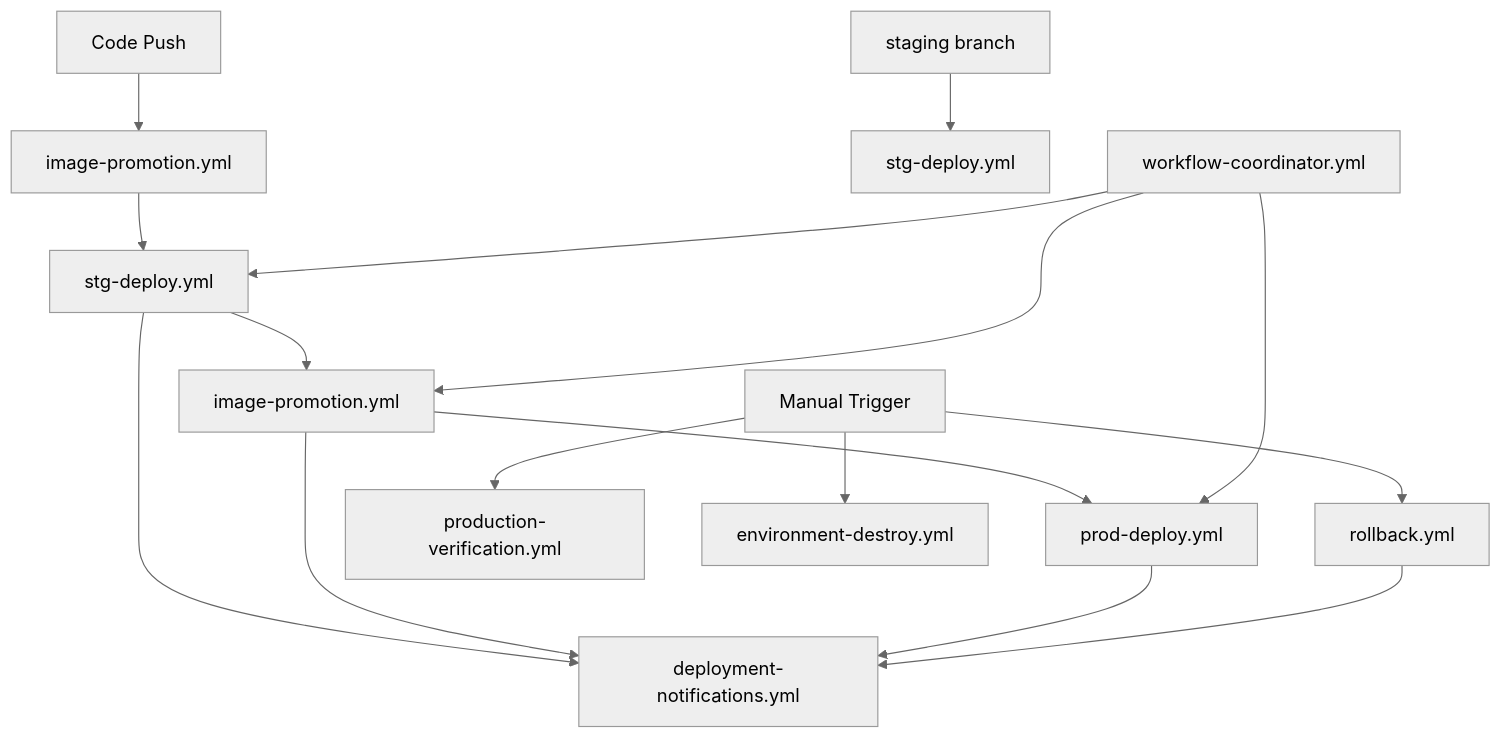
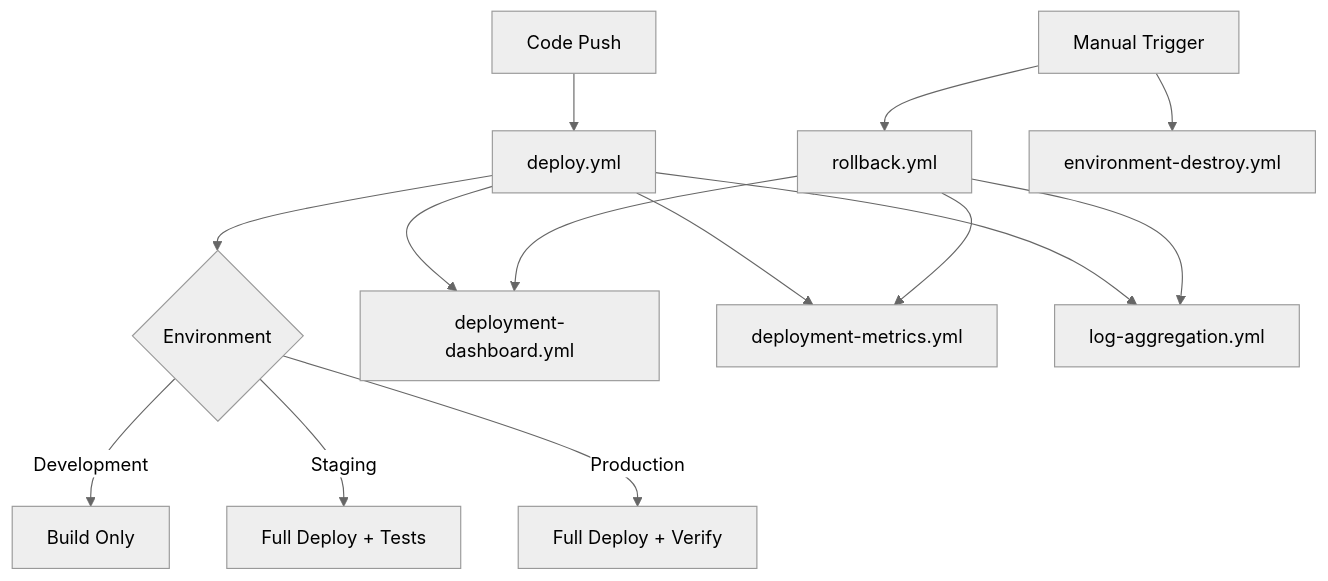
The diagram in .github/workflows/README.md (bxmty/dotca), drawn with Mermaid (neutral theme) before and after one commit. The commit also changed other lines of this file and 9 other files, not shown here.

````diff
--- a/.github/workflows/README.md
+++ b/.github/workflows/README.md
@@ -152,22 +179,19 @@
 ```mermaid
 graph TD
-    A[Code Push] --> B[image-promotion.yml]
-    B --> C[stg-deploy.yml]
-    C --> D[image-promotion.yml]
-    D --> E[prod-deploy.yml]
-    
-    F[staging branch] --> G[stg-deploy.yml]
-    
-    H[Manual Trigger] --> I[rollback.yml]
-    H --> J[production-verification.yml]
-    H --> K[environment-destroy.yml]
-    
-    C --> L[deployment-notifications.yml]
-    D --> L
-    E --> L
-    I --> L
-    
-    M[workflow-coordinator.yml] --> C
-    M --> D
-    M --> E
+    A[Code Push] --> B[deploy.yml]
+    B --> C{Environment}
+    C -->|Development| D[Build Only]
+    C -->|Staging| E[Full Deploy + Tests]
+    C -->|Production| F[Full Deploy + Verify]
+
+    G[Manual Trigger] --> H[rollback.yml]
+    G --> I[environment-destroy.yml]
+
+    B --> J[deployment-dashboard.yml]
+    B --> K[deployment-metrics.yml]
+    B --> L[log-aggregation.yml]
+
+    H --> J
+    H --> K
+    H --> L
 ```
````
